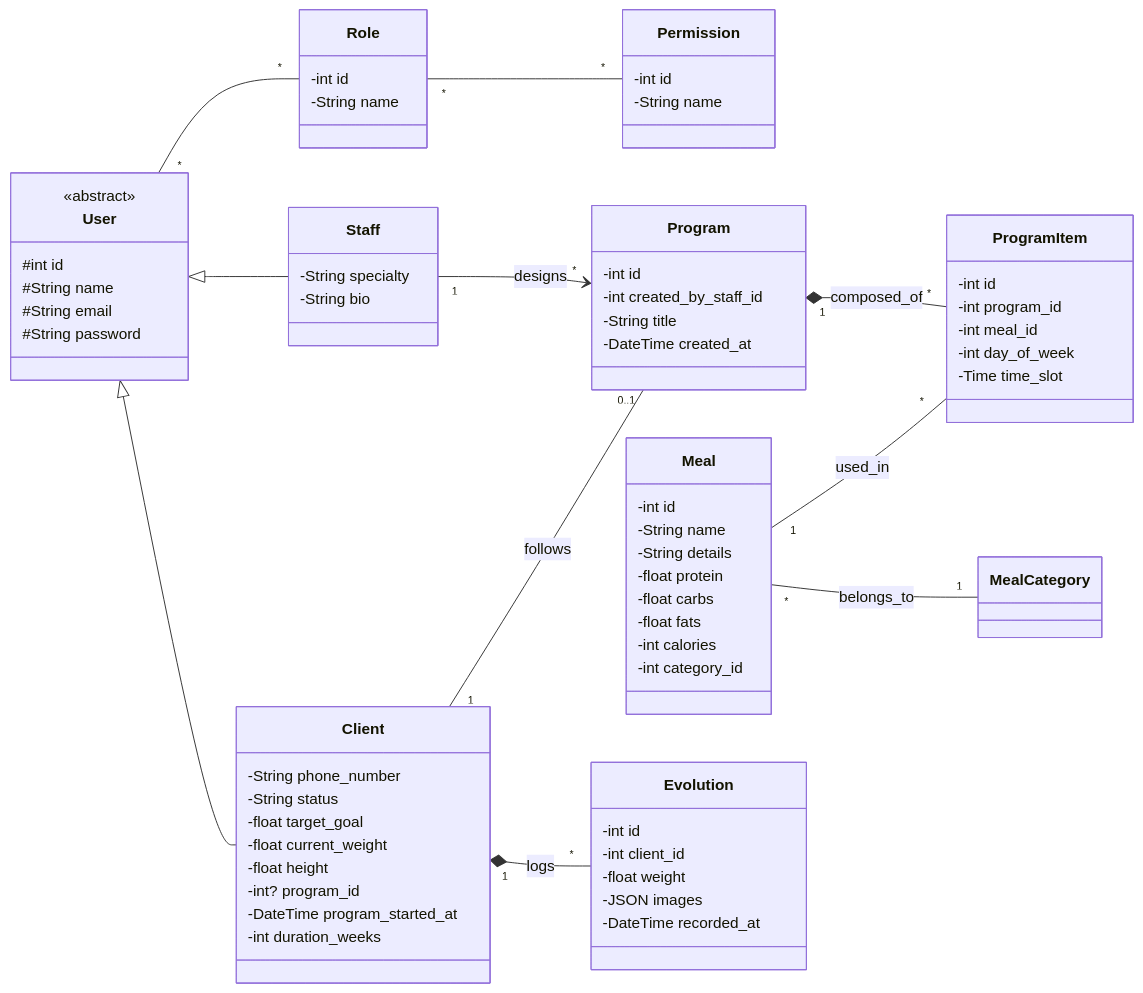
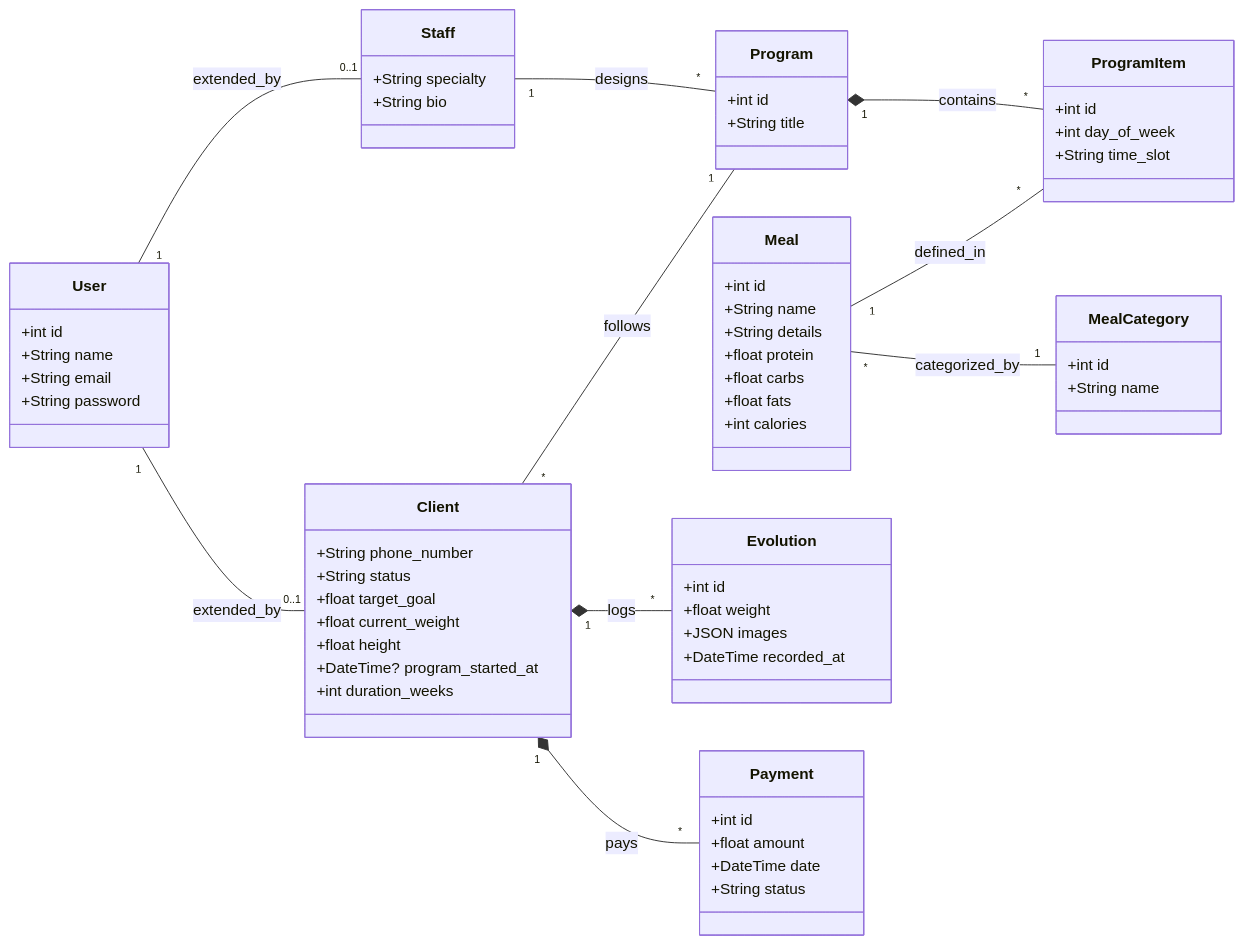
One commit to BenTaleb-Mehdi/Project-PFE changed the diagram in Analyse/Diagramme-class/diagramme-class.mmd. Above: the diagram before and after it, drawn with Mermaid. The commit also changed 52 other files, not shown here.

Commit message:
feat: initialize Laravel project structure with authentication, dashboard layouts, and nutrition management modules

```diff
--- a/Analyse/Diagramme-class/diagramme-class.mmd
+++ b/Analyse/Diagramme-class/diagramme-class.mmd
@@ -1,94 +1,81 @@
 classDiagram
     direction LR
 
-    %% --- Authorization (Spatie RBAC) ---
-    class Role {
-        -int id
-        -String name
-    }
-
-    class Permission {
-        -int id
-        -String name
-    }
-
     %% --- Actors ---
     class User {
-        <<abstract>>
-        #int id
-        #String name
-        #String email
-        #String password
+        +int id
+        +String name
+        +String email
+        +String password
     }
 
     class Client {
-        -String phone_number
-        -String status
-        -float target_goal
-        -float current_weight
-        -float height
-        -int? program_id
-        -DateTime program_started_at
-        -int duration_weeks
+        +String phone_number
+        +String status
+        +float target_goal
+        +float current_weight
+        +float height
+        +DateTime? program_started_at
+        +int duration_weeks
     }
 
     class Staff {
-        -String specialty
-        -String bio
+        +String specialty
+        +String bio
     }
 
-    User <|-- Client
-    User <|-- Staff
+    %% --- Nutrition Engine ---
+    class Meal {
+        +int id
+        +String name
+        +String details
+        +float protein 
+        +float carbs
+        +float fats 
+        +int calories
+    }
 
-    %% --- Nutrition Logic ---
-    class Meal {
-        -int id
-        -String name
-        -String details
-        -float protein 
-        -float carbs
-        -float fats 
-        -int calories
-        -int category_id
+    class MealCategory {
+        +int id
+        +String name
     }
 
     class Program {
-        -int id
-        -int created_by_staff_id
-        -String title
-        -DateTime created_at
+        +int id
+        +String title
     }
 
     class ProgramItem {
-        -int id
-        -int program_id
-        -int meal_id
-        -int day_of_week
-        -Time time_slot
+        +int id
+        +int day_of_week
+        +String time_slot
     }
 
-    %% --- Records ---
+    %% --- Monitoring & Reporting ---
     class Evolution {
-        -int id
-        -int client_id
-        -float weight
-        -JSON images
-        -DateTime recorded_at
+        +int id
+        +float weight
+        +JSON images
+        +DateTime recorded_at
     }
 
+    class Payment {
+        +int id
+        +float amount
+        +DateTime date
+        +String status
+    }
 
-    %% --- Relations ---
-    User "*" -- "*" Role
-    Role "*" -- "*" Permission
+    %% --- Logical Associations ---
+    User "1" -- "0..1" Client : extended_by
+    User "1" -- "0..1" Staff : extended_by
 
-    %% Nutrition Structure
-    Meal "*" -- "1" MealCategory : belongs_to
-    Program "1" *-- "*" ProgramItem : composed_of
-    Meal "1" -- "*" ProgramItem : used_in
-    
-    %% Staff Actions
-    Staff "1" --> "*" Program : designs
+    Meal "*" -- "1" MealCategory : categorized_by
+    Program "1" *-- "*" ProgramItem : contains
+    Meal "1" -- "*" ProgramItem : defined_in
 
-    %% Client Tracking
-    Client "1" -- "0..1" Program : follows
+    Staff "1" -- "*" Program : designs
+    Client "*" -- "1" Program : follows
+
     Client "1" *-- "*" Evolution : logs
+    Client "1" *-- "*" Payment : pays
```
